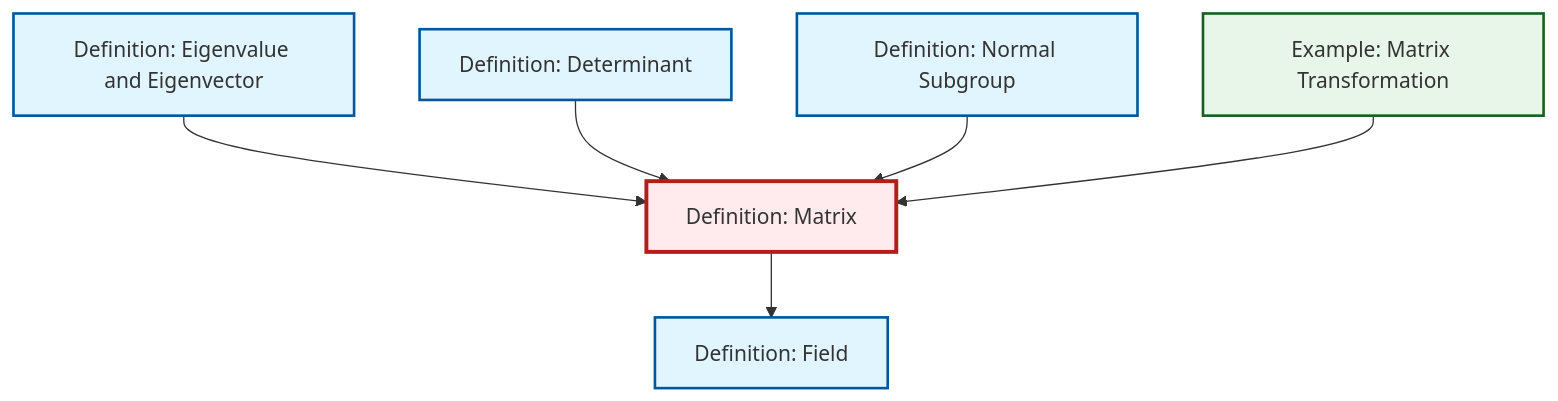
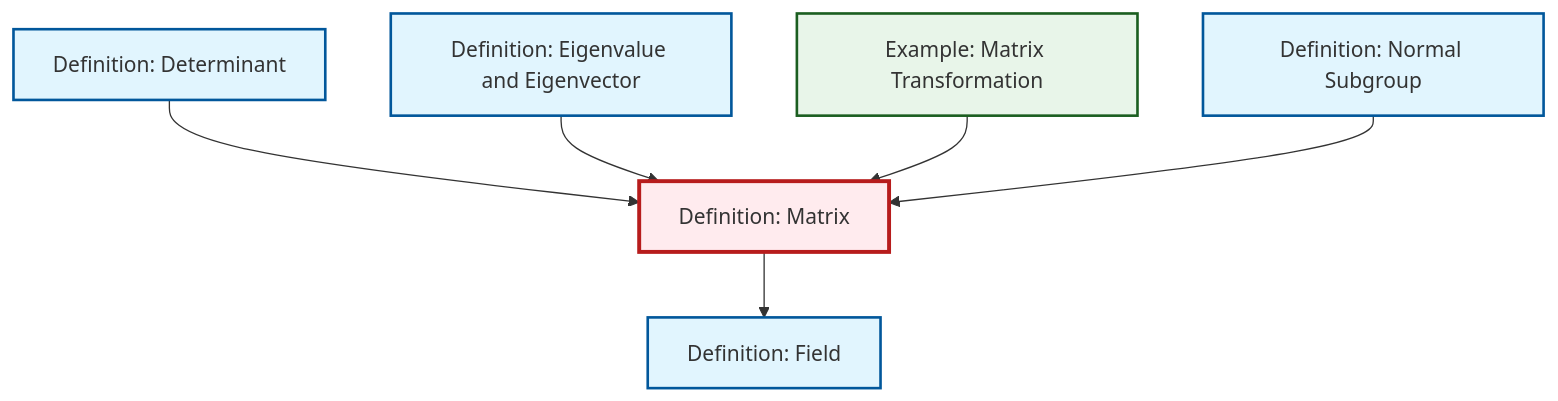
Before and after one commit to RK0429/ModernMath: the diagram in content/en/algebra/def-matrix.qmd, drawn with Mermaid. The commit also changed other lines of this file and 619 other files, not shown here.

````diff
--- a/content/en/algebra/def-matrix.qmd
+++ b/content/en/algebra/def-matrix.qmd
@@ -59,26 +59,26 @@
 ```{mermaid}
 %%| fig-cap: "Local dependency graph"
 graph TD
     classDef definition fill:#e1f5fe,stroke:#01579b,stroke-width:2px
     classDef theorem fill:#f3e5f5,stroke:#4a148c,stroke-width:2px
     classDef axiom fill:#fff3e0,stroke:#e65100,stroke-width:2px
     classDef example fill:#e8f5e9,stroke:#1b5e20,stroke-width:2px
     classDef current fill:#ffebee,stroke:#b71c1c,stroke-width:3px
+    def-normal-subgroup["Definition: Normal Subgroup"]:::definition
+    def-determinant["Definition: Determinant"]:::definition
+    def-eigenvalue-eigenvector["Definition: Eigenvalue and Eigenvector"]:::definition
     ex-matrix-transformation["Example: Matrix Transformation"]:::example
+    def-matrix["Definition: Matrix"]:::definition
     def-field["Definition: Field"]:::definition
-    def-determinant["Definition: Determinant"]:::definition
-    def-matrix["Definition: Matrix"]:::definition
-    def-normal-subgroup["Definition: Normal Subgroup"]:::definition
-    def-eigenvalue-eigenvector["Definition: Eigenvalue and Eigenvector"]:::definition
+    def-determinant --> def-matrix
     def-eigenvalue-eigenvector --> def-matrix
     def-matrix --> def-field
-    def-determinant --> def-matrix
+    ex-matrix-transformation --> def-matrix
     def-normal-subgroup --> def-matrix
-    ex-matrix-transformation --> def-matrix
     class def-matrix current
+    click def-normal-subgroup "def-normal-subgroup.html" "Go to Normal Subgroup definition"
+    click def-determinant "def-determinant.html" "Go to Determinant definition"
+    click def-eigenvalue-eigenvector "def-eigenvalue-eigenvector.html" "Go to Eigenvalue and Eigenvector definition"
     click ex-matrix-transformation "ex-matrix-transformation.html" "Go to Matrix Transformation example"
     click def-field "def-field.html" "Go to Field definition"
-    click def-determinant "def-determinant.html" "Go to Determinant definition"
-    click def-normal-subgroup "def-normal-subgroup.html" "Go to Normal Subgroup definition"
-    click def-eigenvalue-eigenvector "def-eigenvalue-eigenvector.html" "Go to Eigenvalue and Eigenvector definition"
 ```
````
